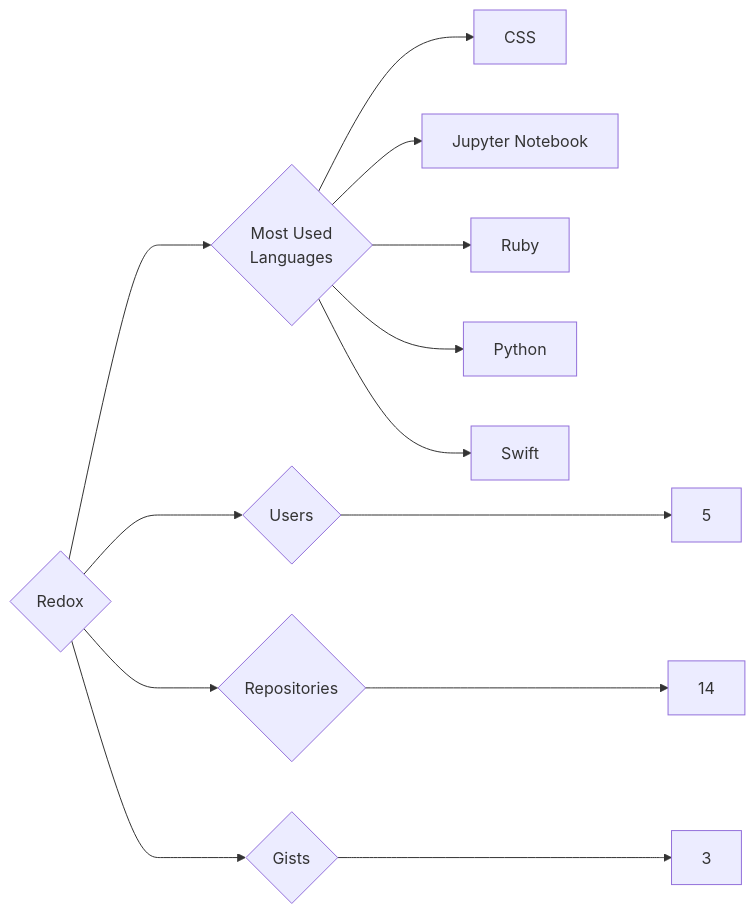
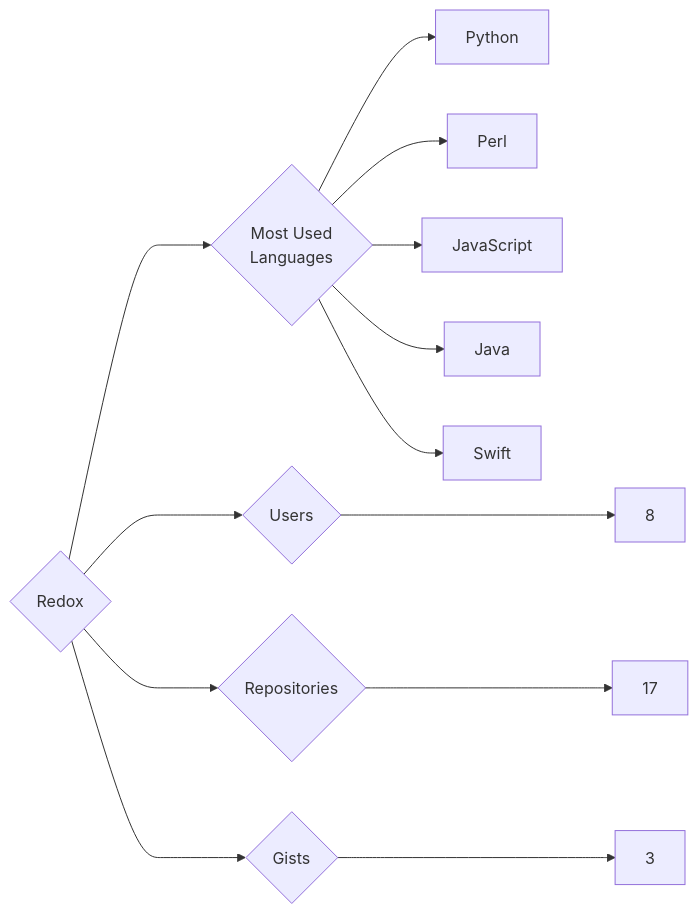
Before and after one commit to trickest/insiders: the diagram in targets/Redox/README.md, drawn with Mermaid. The commit also changed 1496 other files, not shown here.

````diff
--- a/targets/Redox/README.md
+++ b/targets/Redox/README.md
@@ -3,13 +3,13 @@
 ```mermaid
 graph LR
 COMPANY_NAME{Redox}
-COMPANY_NAME ---> U{Users} ---> UN[5]
-COMPANY_NAME ---> R{Repositories} ---> RN[14]
+COMPANY_NAME ---> U{Users} ---> UN[8]
+COMPANY_NAME ---> R{Repositories} ---> RN[17]
 COMPANY_NAME ---> G{Gists} ---> GN[3]
 COMPANY_NAME ---> ML{Most Used<br>Languages}
-ML --> CSS[CSS]
-ML --> Jupyter_Notebook[Jupyter Notebook]
-ML --> Ruby[Ruby]
 ML --> Python[Python]
+ML --> Perl[Perl]
+ML --> JavaScript[JavaScript]
+ML --> Java[Java]
 ML --> Swift[Swift]
 ```
````
